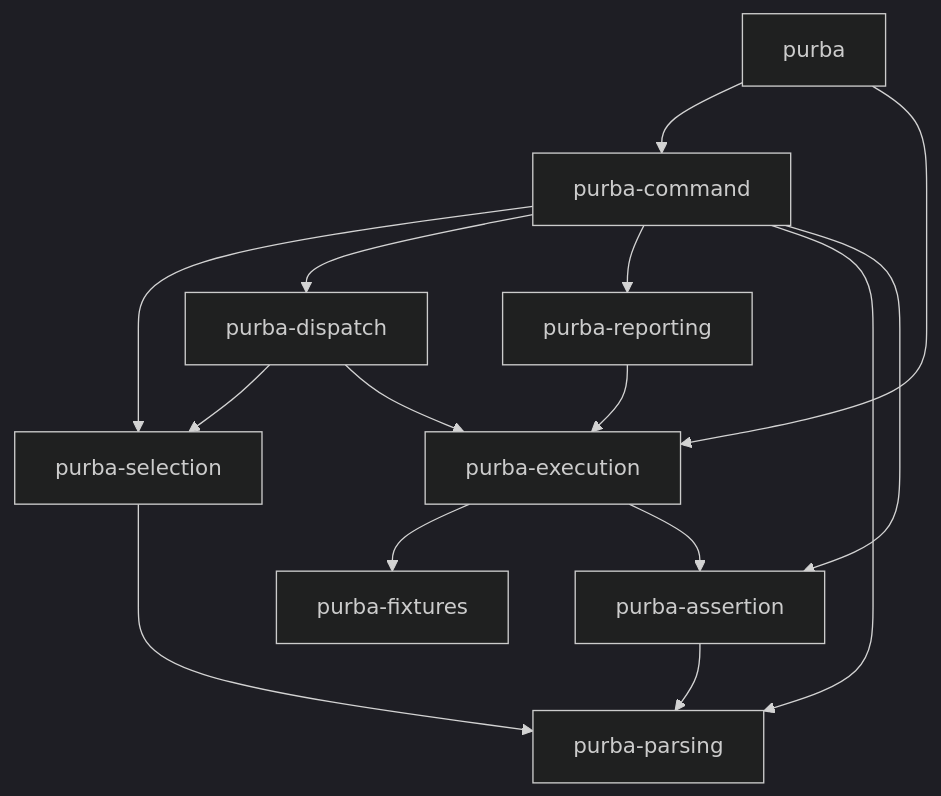
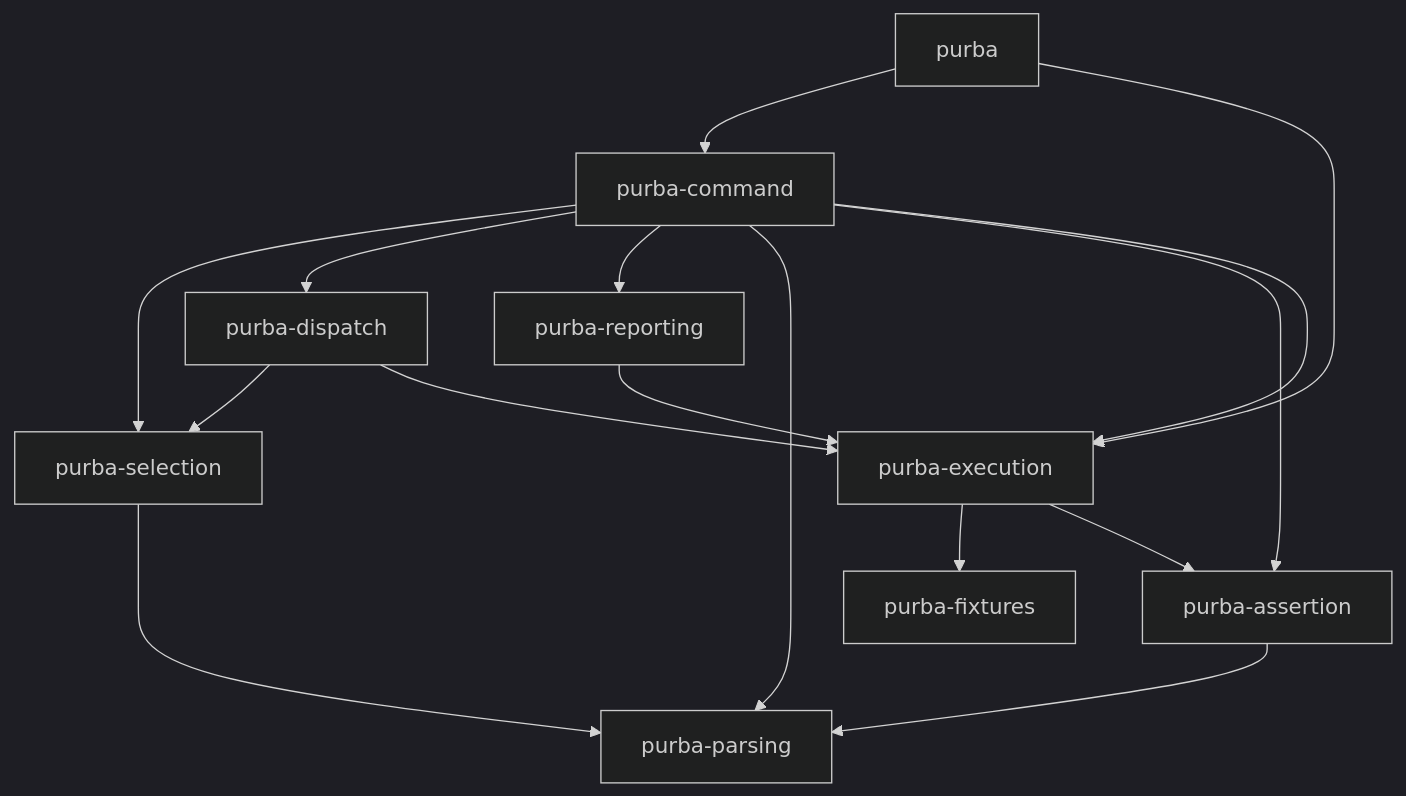
The diagram in docs/decisions/each-part-is-a-crate.md (kalonji-tools/purba), drawn with Mermaid (dark theme) before and after one commit. The commit also changed 31 other files, not shown here.

````diff
--- a/docs/decisions/each-part-is-a-crate.md
+++ b/docs/decisions/each-part-is-a-crate.md
@@ -42,17 +42,18 @@
 ```mermaid
 flowchart TD
   purba --> purba-command
   purba --> purba-execution
   purba-command --> purba-selection
   purba-command --> purba-dispatch
   purba-command --> purba-reporting
   purba-command --> purba-parsing
   purba-command --> purba-assertion
+  purba-command --> purba-execution
   purba-selection --> purba-parsing
   purba-assertion --> purba-parsing
   purba-dispatch --> purba-selection
   purba-dispatch --> purba-execution
   purba-execution --> purba-fixtures
   purba-execution --> purba-assertion
   purba-reporting --> purba-execution
 ```
````
